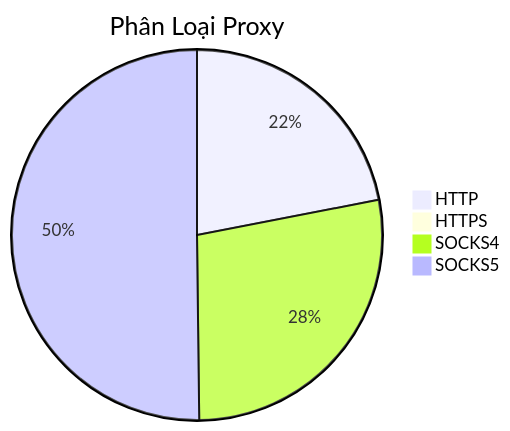
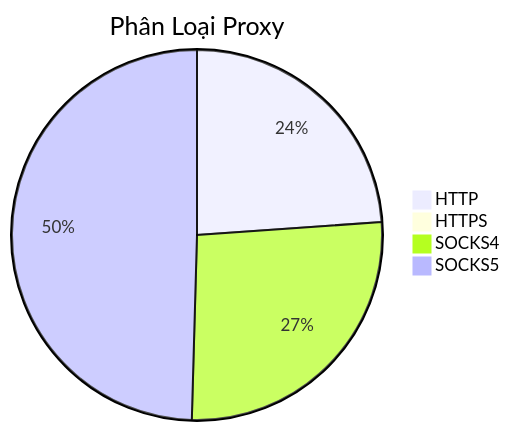
One commit to Ciara-Aa/PROXY-free changed the diagram in README.md. Above: the diagram before and after it, drawn with Mermaid. The commit also changed other lines of this file and 4 other files, not shown here.

````diff
--- a/README.md
+++ b/README.md
@@ -26,7 +26,7 @@
 ```mermaid
 pie title Phân Loại Proxy
-    "HTTP" : 171
-    "HTTPS" : 2
-    "SOCKS4" : 217
-    "SOCKS5" : 391
+    "HTTP" : 214
+    "HTTPS" : 0
+    "SOCKS4" : 238
+    "SOCKS5" : 444
 ```
````
